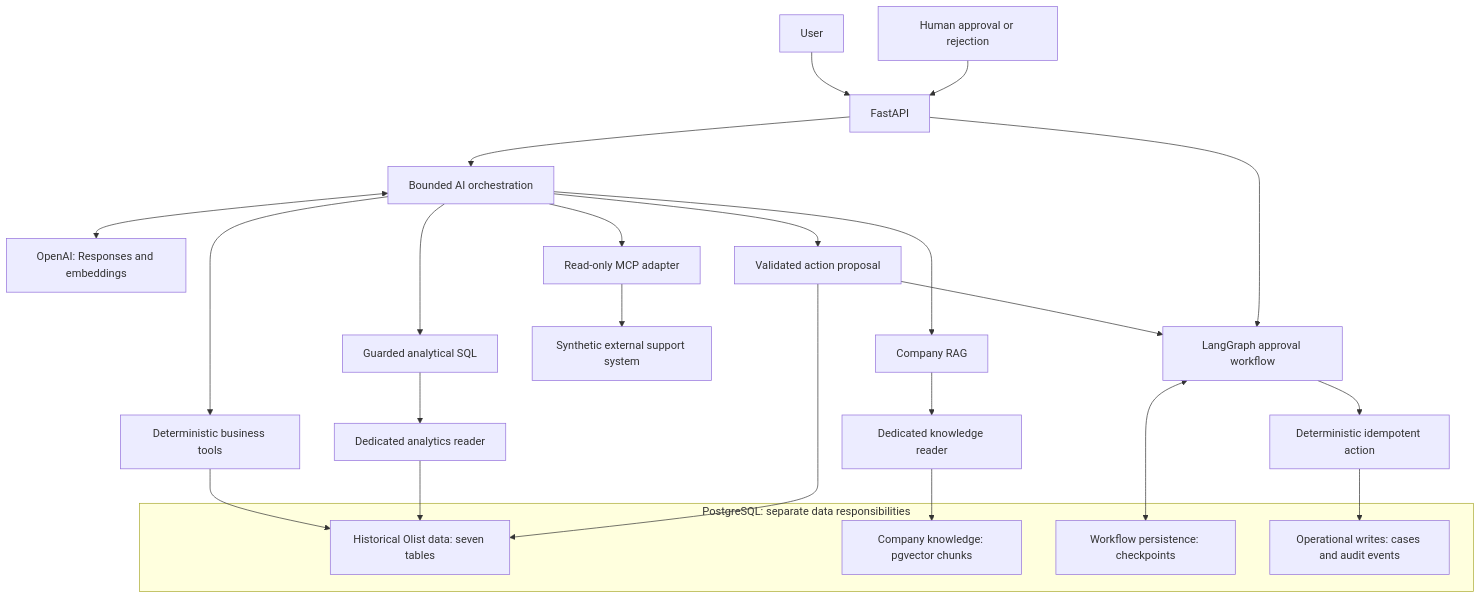
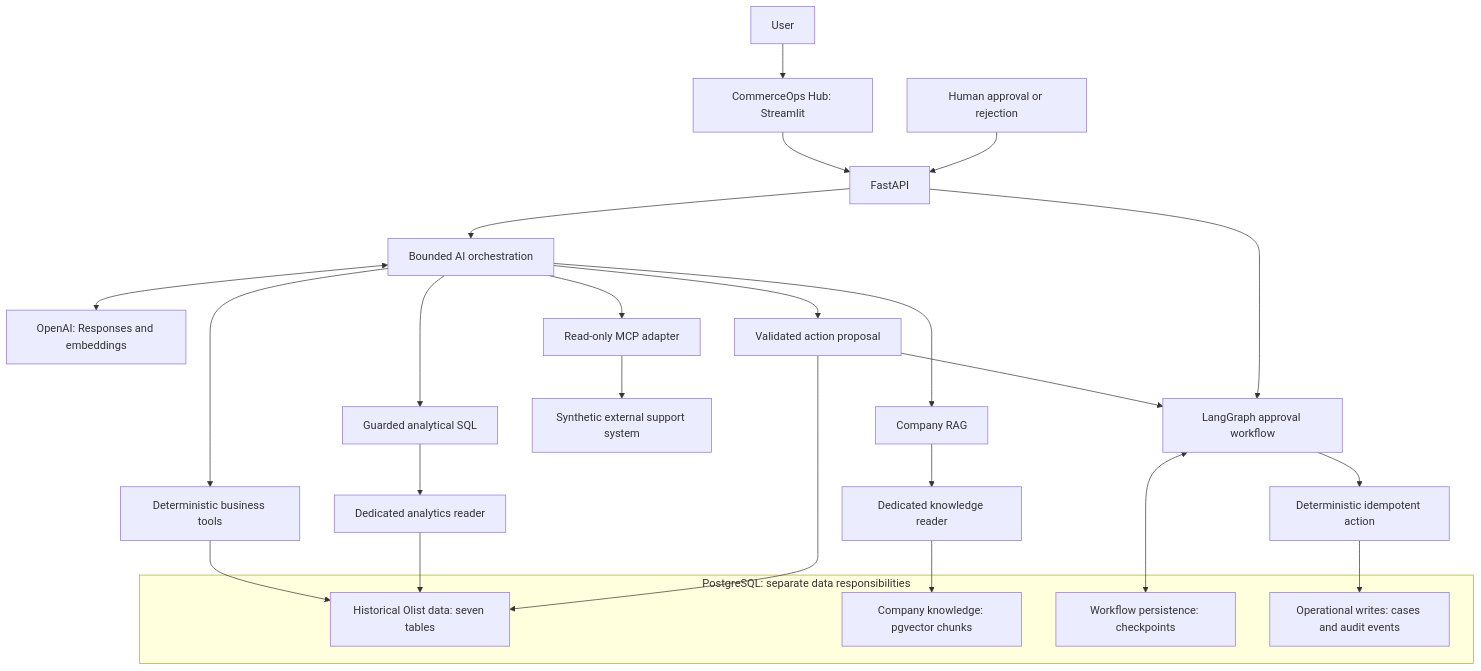
Before and after one commit to shivakhoshhal94/enterprise-ai-ops-agent: the diagram in README.md, drawn with Mermaid. The commit also changed other lines of this file and 21 other files, not shown here.

Commit message:
feat: add CommerceOps visual operations dashboard

````diff
--- a/README.md
+++ b/README.md
@@ -46,30 +74,31 @@
 ```mermaid
 flowchart TD
-    U[User] --> API[FastAPI]
+    U[User] --> UI[CommerceOps Hub: Streamlit]
+    UI --> API[FastAPI]
     API --> A[Bounded AI orchestration]
     A <--> O[OpenAI: Responses and embeddings]
     A --> B[Deterministic business tools]
     A --> S[Guarded analytical SQL]
     A --> R[Company RAG]
     A --> M[Read-only MCP adapter]
     A --> P[Validated action proposal]
     S --> AR[Dedicated analytics reader]
     R --> KR[Dedicated knowledge reader]
     M --> EXT[Synthetic external support system]
     P --> G[LangGraph approval workflow]
     H[Human approval or rejection] --> API
     API --> G
     G --> X[Deterministic idempotent action]
     subgraph PG[PostgreSQL: separate data responsibilities]
         D[Historical Olist data: seven tables]
         K[Company knowledge: pgvector chunks]
         W[Workflow persistence: checkpoints]
         OP[Operational writes: cases and audit events]
     end
     B --> D
     AR --> D
     KR --> K
     P --> D
     G <--> W
     X --> OP
 ```
````
